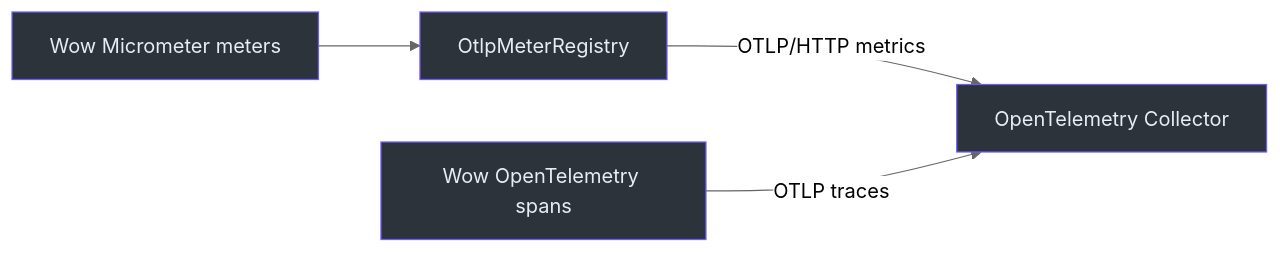
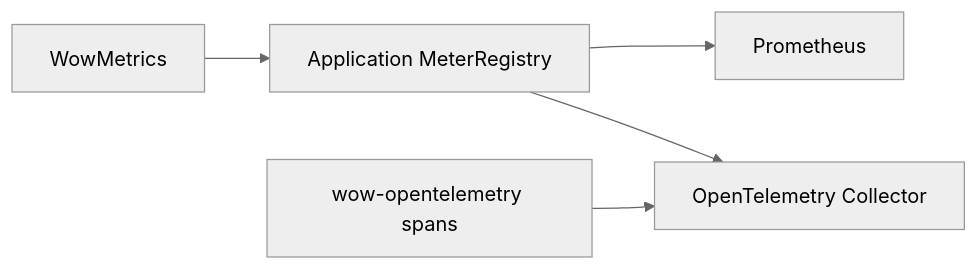
One commit to Ahoo-Wang/Wow changed the diagram in documentation/docs/en/guide/advanced/metrics.md. Above: the diagram before and after it, drawn with Mermaid (neutral theme). The commit also changed other lines of this file and 102 other files, not shown here.

````diff
--- a/documentation/docs/en/guide/advanced/metrics.md
+++ b/documentation/docs/en/guide/advanced/metrics.md
@@ -188,9 +144,7 @@
 ```mermaid
 flowchart LR
-    Meters["Wow Micrometer meters"] --> Registry["OtlpMeterRegistry"]
-    Registry -->|"OTLP/HTTP metrics"| Collector["OpenTelemetry Collector"]
-    Spans["Wow OpenTelemetry spans"] -->|"OTLP traces"| Collector
-
-    classDef telemetry fill:#2d333b,stroke:#6d5dfc,color:#e6edf3
-    class Meters,Registry,Collector,Spans telemetry
+    Wow["WowMetrics"] --> Registry["Application MeterRegistry"]
+    Registry --> Prometheus["Prometheus"]
+    Registry --> Collector["OpenTelemetry Collector"]
+    Tracing["wow-opentelemetry spans"] --> Collector
 ```
````
